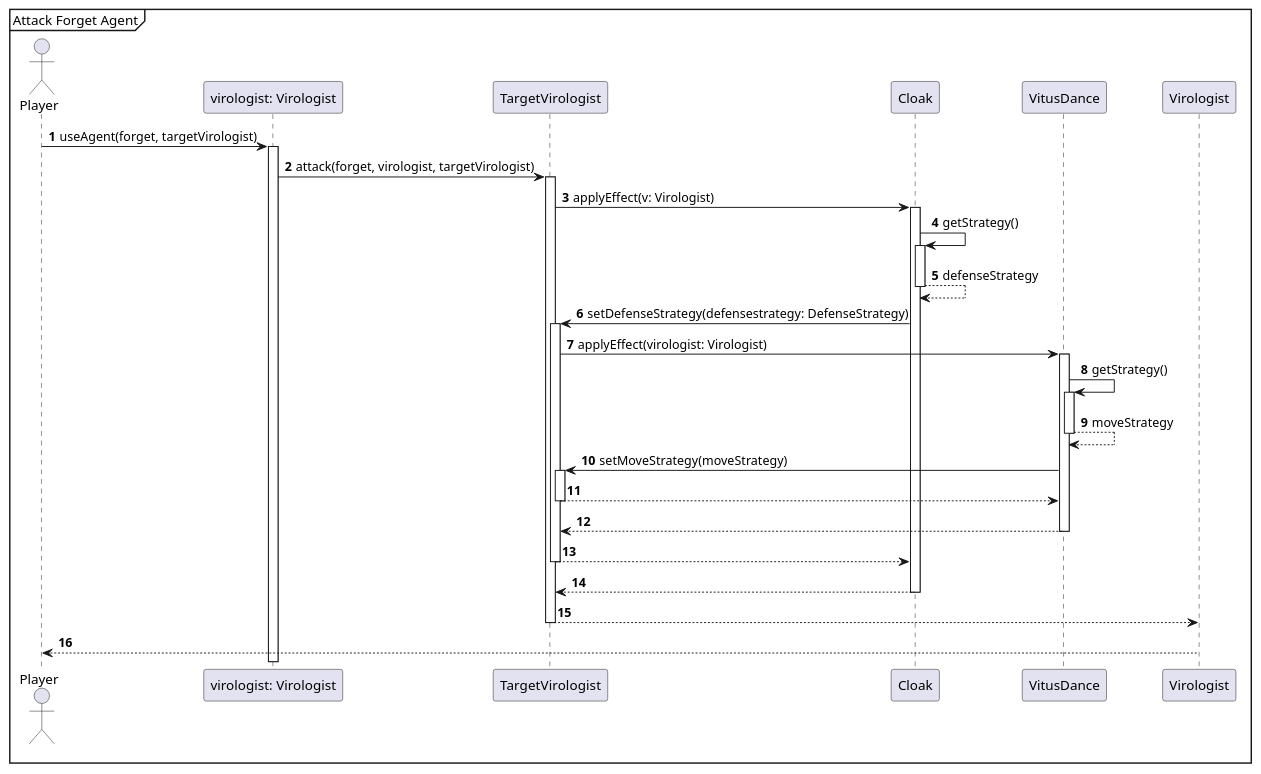
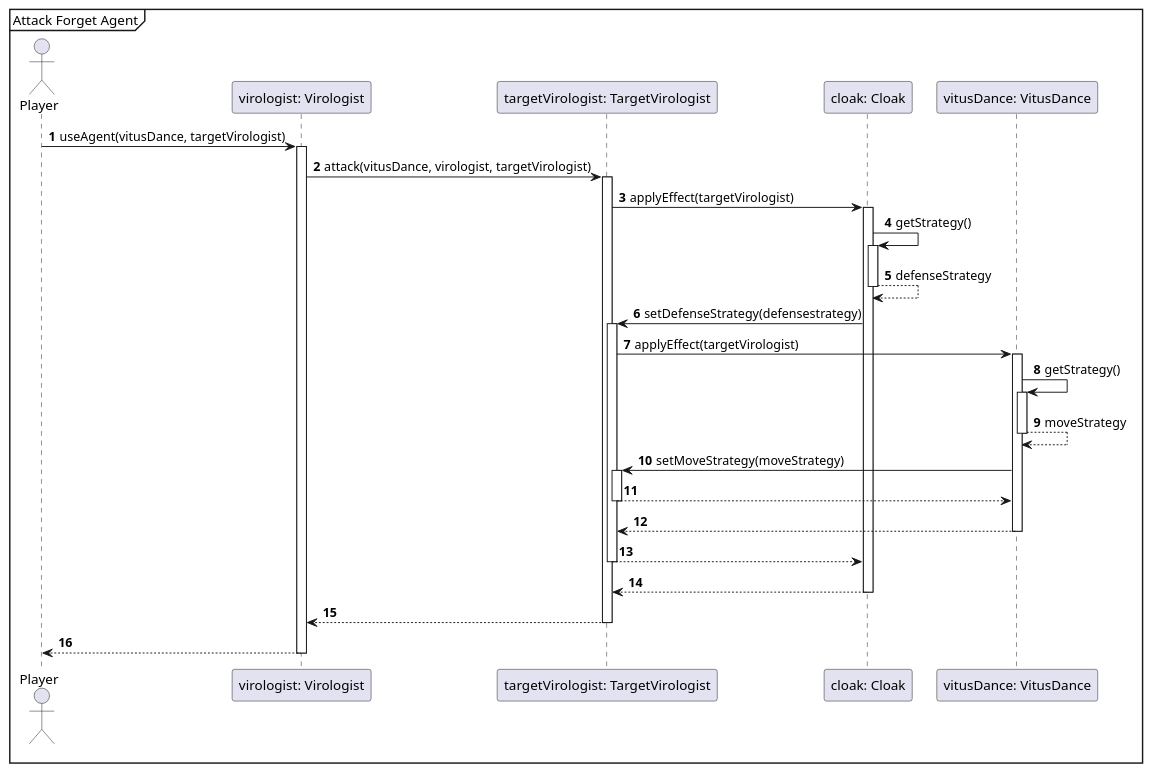
Before and after one commit to Projlab-csb/projlab-virologus: the diagram in Exact Sequence-diagrams/AttackVitusAgent.puml, drawn with PlantUML. The commit also changed 15 other files, not shown here.

```diff
--- a/Exact Sequence-diagrams/AttackVitusAgent.puml
+++ b/Exact Sequence-diagrams/AttackVitusAgent.puml
@@ -1,37 +1,37 @@
 @startuml
 'https://plantuml.com/sequence-diagram
 
 autonumber
 
 mainframe Attack Forget Agent
 
 actor Player
 
-Player -> "virologist: Virologist"++: useAgent(forget, targetVirologist)
-"virologist: Virologist" -> TargetVirologist++: attack(forget, virologist, targetVirologist)
-TargetVirologist -> Cloak++ : applyEffect(v: Virologist)
+Player -> "virologist: Virologist"++: useAgent(vitusDance, targetVirologist)
+"virologist: Virologist" -> "targetVirologist: TargetVirologist"++: attack(vitusDance, virologist, targetVirologist)
+"targetVirologist: TargetVirologist" -> "cloak: Cloak"++ : applyEffect(targetVirologist)
 
-Cloak -> Cloak++ : getStrategy()
-Cloak --> Cloak-- : defenseStrategy
+"cloak: Cloak" -> "cloak: Cloak"++ : getStrategy()
+"cloak: Cloak" --> "cloak: Cloak"-- : defenseStrategy
 
-Cloak -> TargetVirologist++: setDefenseStrategy(defensestrategy: DefenseStrategy)
+"cloak: Cloak" -> "targetVirologist: TargetVirologist"++: setDefenseStrategy(defensestrategy)
 
-TargetVirologist -> VitusDance++ : applyEffect(virologist: Virologist)
+"targetVirologist: TargetVirologist" -> "vitusDance: VitusDance"++ : applyEffect(targetVirologist)
 
-   VitusDance -> VitusDance++ : getStrategy()
-   VitusDance --> VitusDance-- : moveStrategy
+   "vitusDance: VitusDance" -> "vitusDance: VitusDance"++ : getStrategy()
+   "vitusDance: VitusDance" --> "vitusDance: VitusDance"-- : moveStrategy
 
-   VitusDance -> TargetVirologist++: setMoveStrategy(moveStrategy)
-   TargetVirologist --> VitusDance--
+   "vitusDance: VitusDance" -> "targetVirologist: TargetVirologist"++: setMoveStrategy(moveStrategy)
+   "targetVirologist: TargetVirologist" --> "vitusDance: VitusDance"--
 
-   VitusDance --> TargetVirologist--
+   "vitusDance: VitusDance" --> "targetVirologist: TargetVirologist"--
 
 
-TargetVirologist --> Cloak --
-Cloak --> TargetVirologist --
+"targetVirologist: TargetVirologist" --> "cloak: Cloak" --
+"cloak: Cloak" --> "targetVirologist: TargetVirologist" --
 
 
-TargetVirologist --> Virologist --
+"targetVirologist: TargetVirologist" --> "virologist: Virologist" --
 
-Virologist --> Player --
+"virologist: Virologist" --> Player --
 @enduml
```
